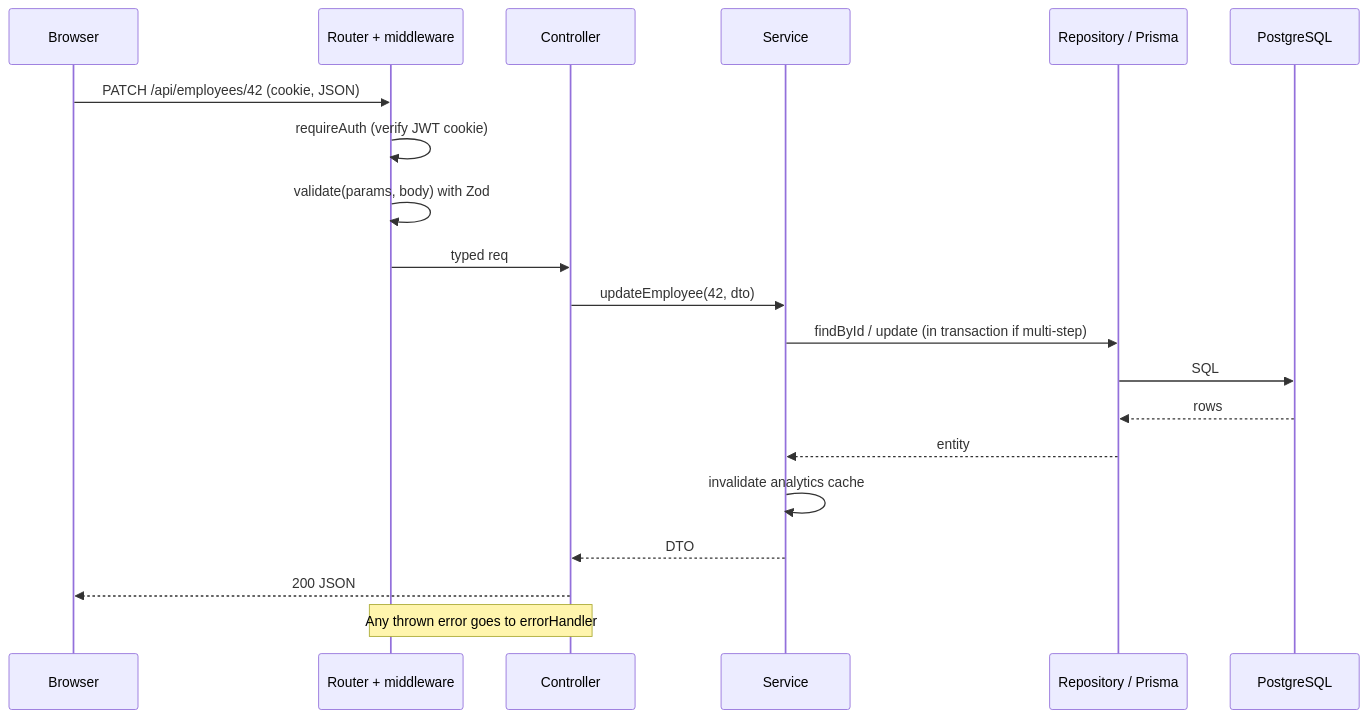
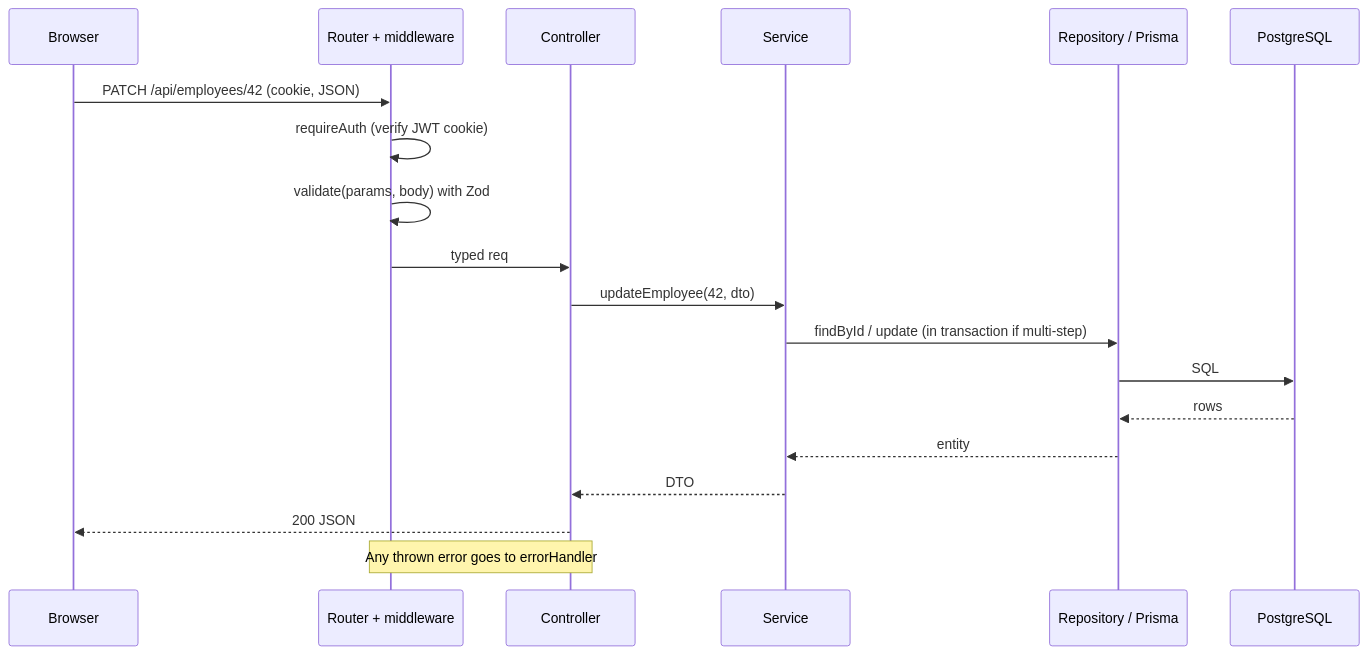
Before and after one commit to Chaitanya0076/employee-salary-management: the second of 2 diagrams in docs/architecture.md, drawn with Mermaid. The commit also changed other lines of this file and 10 other files, not shown here.

````diff
--- a/docs/architecture.md
+++ b/docs/architecture.md
@@ -91,23 +92,22 @@
 ```mermaid
 sequenceDiagram
     participant B as Browser
     participant R as Router + middleware
     participant C as Controller
     participant S as Service
     participant P as Repository / Prisma
     participant D as PostgreSQL
 
     B->>R: PATCH /api/employees/42 (cookie, JSON)
     R->>R: requireAuth (verify JWT cookie)
     R->>R: validate(params, body) with Zod
     R->>C: typed req
     C->>S: updateEmployee(42, dto)
     S->>P: findById / update (in transaction if multi-step)
     P->>D: SQL
     D-->>P: rows
     P-->>S: entity
-    S->>S: invalidate analytics cache
     S-->>C: DTO
     C-->>B: 200 JSON
     Note over R,C: Any thrown error goes to errorHandler
 ```
````
